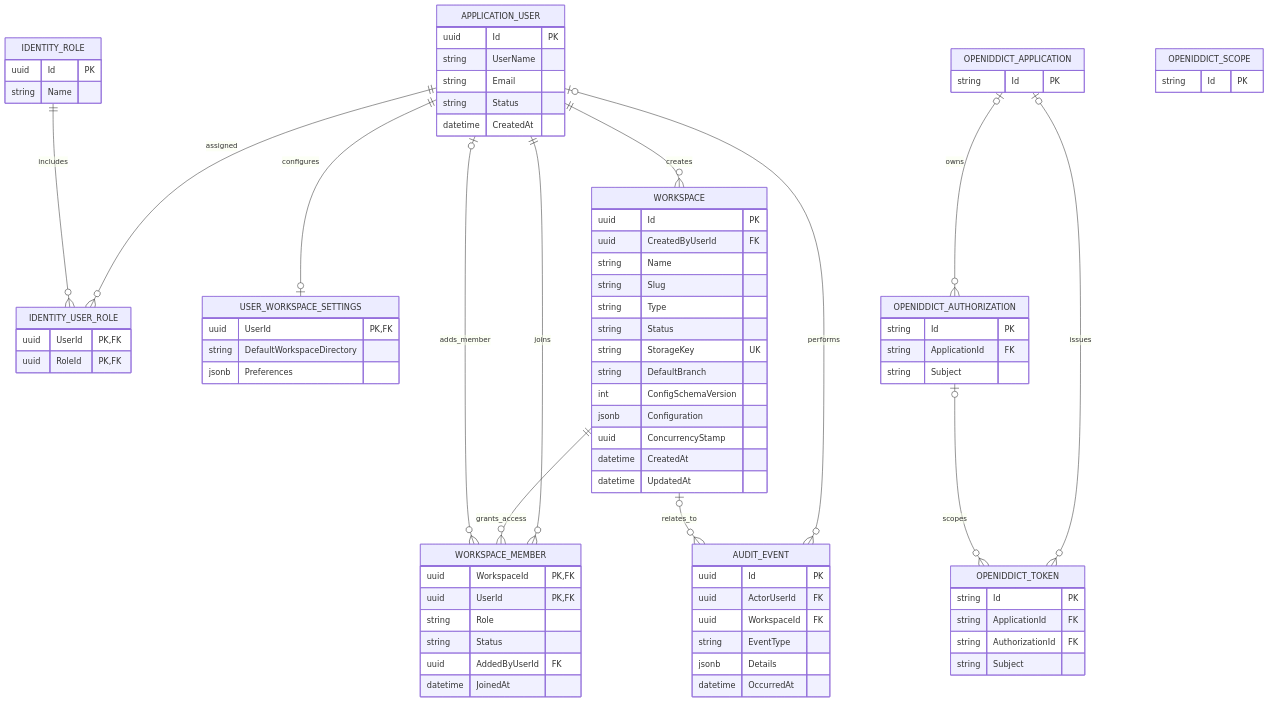
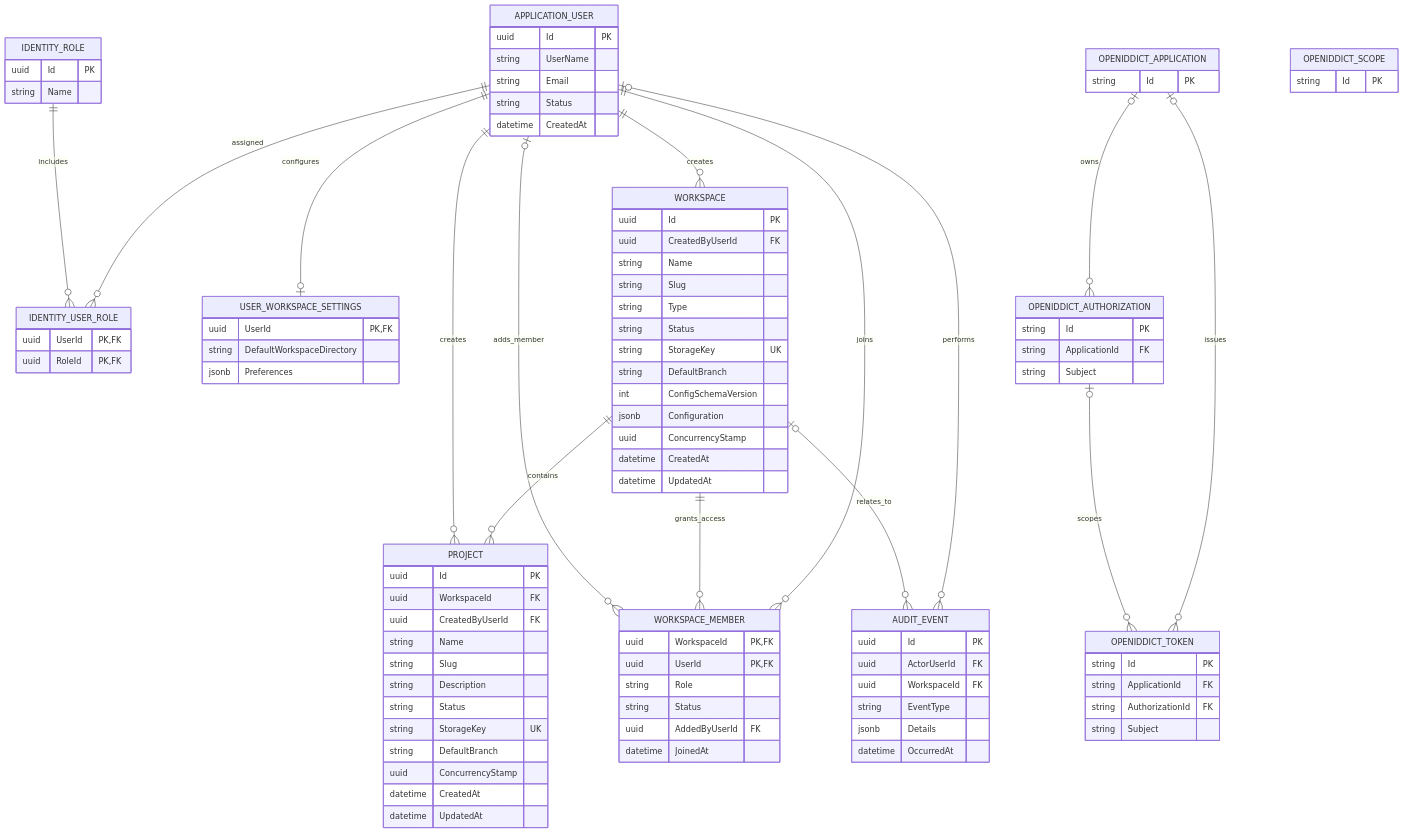
The first of 2 diagrams in design/erd.md (seanshuyuu/Episteme), drawn with Mermaid before and after one commit. The commit also changed other lines of this file and 27 other files, not shown here.

First line of the commit message:
Add workspace project hierarchy

```diff
--- a/design/erd.md
+++ b/design/erd.md
@@ -53,6 +53,21 @@
         datetime JoinedAt
     }
 
+    PROJECT {
+        uuid Id PK
+        uuid WorkspaceId FK
+        uuid CreatedByUserId FK
+        string Name
+        string Slug
+        string Description
+        string Status
+        string StorageKey UK
+        string DefaultBranch
+        uuid ConcurrencyStamp
+        datetime CreatedAt
+        datetime UpdatedAt
+    }
+
     AUDIT_EVENT {
         uuid Id PK
         uuid ActorUserId FK
@@ -89,6 +104,8 @@
     APPLICATION_USER ||--o{ WORKSPACE : creates
     APPLICATION_USER ||--o{ WORKSPACE_MEMBER : joins
     WORKSPACE ||--o{ WORKSPACE_MEMBER : grants_access
+    WORKSPACE ||--o{ PROJECT : contains
+    APPLICATION_USER ||--o{ PROJECT : creates
     APPLICATION_USER o|--o{ WORKSPACE_MEMBER : adds_member
     APPLICATION_USER o|--o{ AUDIT_EVENT : performs
     WORKSPACE o|--o{ AUDIT_EVENT : relates_to
```
